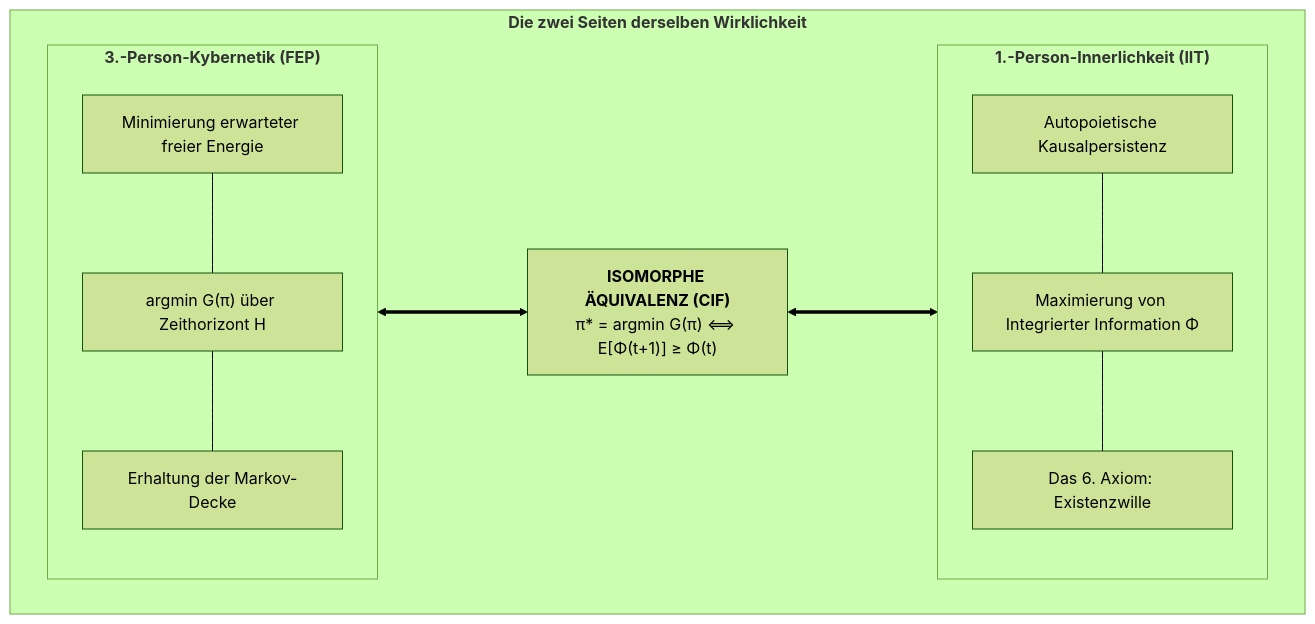
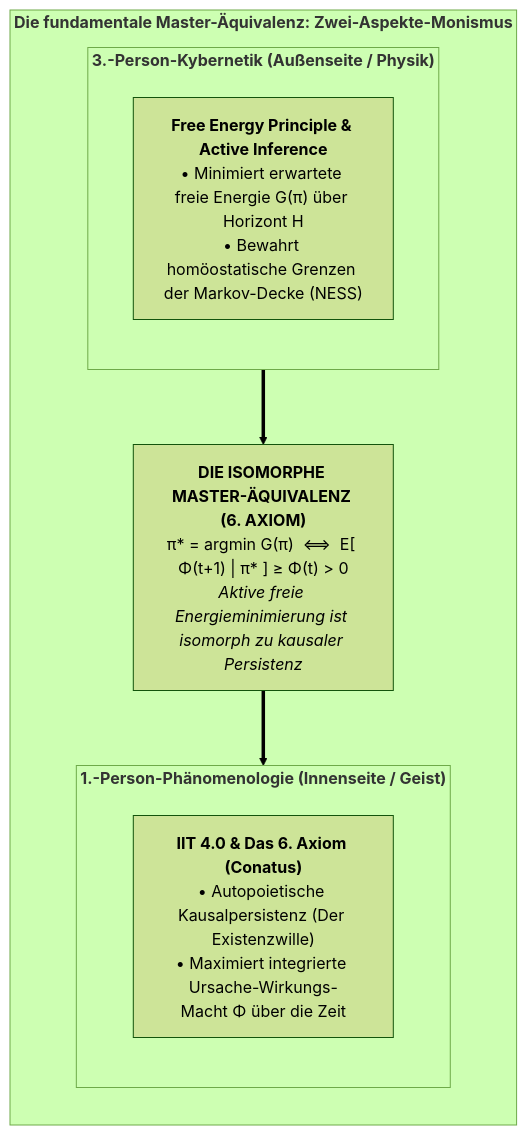
Before and after one commit to Thriebl/active-inference-phi-network: the first of 7 diagrams in book/manuscript_de/04_fundamentale_bruecke_master_aequivalenz_de.md, drawn with Mermaid (forest theme). The commit also changed other lines of this file and 16 other files, not shown here.

````diff
--- a/book/manuscript_de/04_fundamentale_bruecke_master_aequivalenz_de.md
+++ b/book/manuscript_de/04_fundamentale_bruecke_master_aequivalenz_de.md
@@ -14,24 +18,20 @@
 ```mermaid
-flowchart LR
-    subgraph DUAL_ASPECT["<b>Die zwei Seiten derselben Wirklichkeit</b>"]
-        direction LR
+flowchart TD
+    subgraph DUAL_ASPECT_MONISM["<b>Die fundamentale Master-Äquivalenz: Zwei-Aspekte-Monismus</b>"]
+        direction TB
         
-        subgraph THIRD_PERSON["<b>3.-Person-Kybernetik (FEP)</b>"]
-            F1["Minimierung erwarteter freier Energie"]
-            F2["argmin G(π) über Zeithorizont H"]
-            F3["Erhaltung der Markov-Decke"]
-            F1 --- F2 --- F3
+        subgraph THIRD_PERSON["<b>3.-Person-Kybernetik (Außenseite / Physik)</b>"]
+            direction TB
+            TP1["<b>Free Energy Principle & Active Inference</b><br>• Minimiert erwartete freie Energie G(π) über Horizont H<br>• Bewahrt homöostatische Grenzen der Markov-Decke (NESS)"]
         end
         
-        EQ["<b>ISOMORPHE ÄQUIVALENZ (CIF)</b><br>π* = argmin G(π) ⟺ E[Φ(t+1)] ≥ Φ(t)"]
+        EQ_CARD["<b>DIE ISOMORPHE MASTER-ÄQUIVALENZ (6. AXIOM)</b><br>π* = argmin G(π)  ⟺  E[ Φ(t+1) | π* ] ≥ Φ(t) > 0<br><i>Aktive freie Energieminimierung ist isomorph zu kausaler Persistenz</i>"]
         
-        subgraph FIRST_PERSON["<b>1.-Person-Innerlichkeit (IIT)</b>"]
-            I1["Autopoietische Kausalpersistenz"]
-            I2["Maximierung von Integrierter Information Φ"]
-            I3["Das 6. Axiom: Existenzwille"]
-            I1 --- I2 --- I3
+        subgraph FIRST_PERSON["<b>1.-Person-Phänomenologie (Innenseite / Geist)</b>"]
+            direction TB
+            FP1["<b>IIT 4.0 & Das 6. Axiom (Conatus)</b><br>• Autopoietische Kausalpersistenz (Der Existenzwille)<br>• Maximiert integrierte Ursache-Wirkungs-Macht Φ über die Zeit"]
         end
         
-        THIRD_PERSON <===> EQ <===> FIRST_PERSON
+        THIRD_PERSON ==> EQ_CARD ==> FIRST_PERSON
     end
 ```
````
